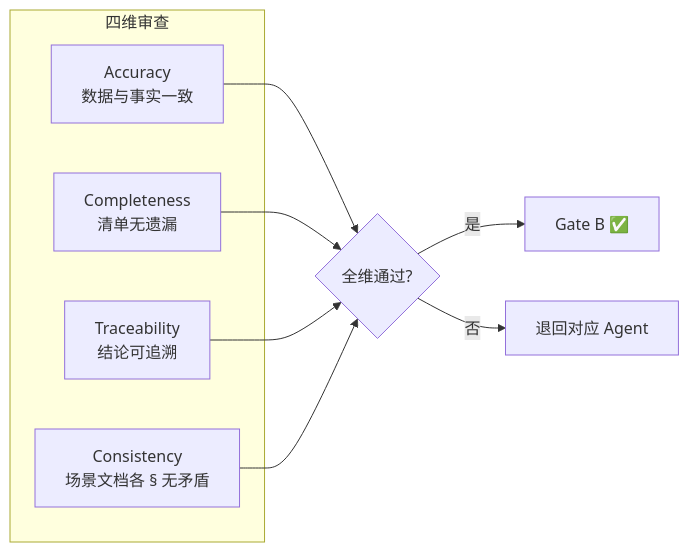
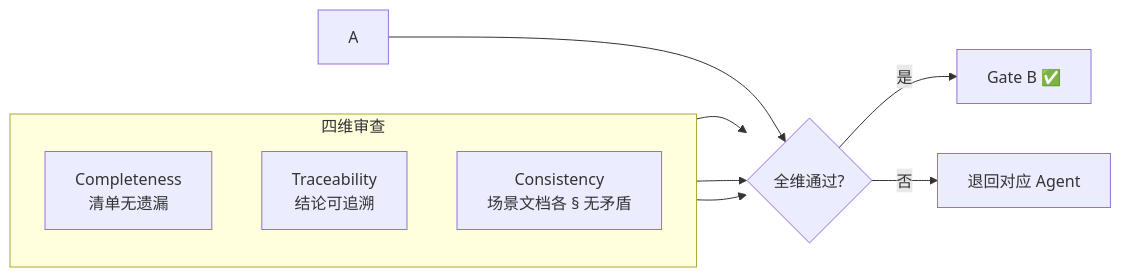
Before and after one commit to effiy/YrY: the third of 6 diagrams in agents/reporter.md, drawn with Mermaid. The commit also changed other lines of this file and 42 other files, not shown here.

First line of the commit message:
feat: apply Mermaid authoring rules (M1-M12) across entire codebase

````diff
--- a/agents/reporter.md
+++ b/agents/reporter.md
@@ -68,13 +78,14 @@
 ```mermaid
 flowchart LR
     subgraph 四维["四维审查"]
-        A["Accuracy<br/>数据与事实一致"]:::dim
+        direction TB
         C["Completeness<br/>清单无遗漏"]:::dim
         T["Traceability<br/>结论可追溯"]:::dim
         S["Consistency<br/>场景文档各 § 无矛盾"]:::dim
     end
     A & C & T & S --> PASS{"全维通过?"}
     PASS -->|"是"| GB["Gate B ✅"]:::ok
     PASS -->|"否"| REJ["退回对应 Agent"]:::bad
 
+
 ```
````
